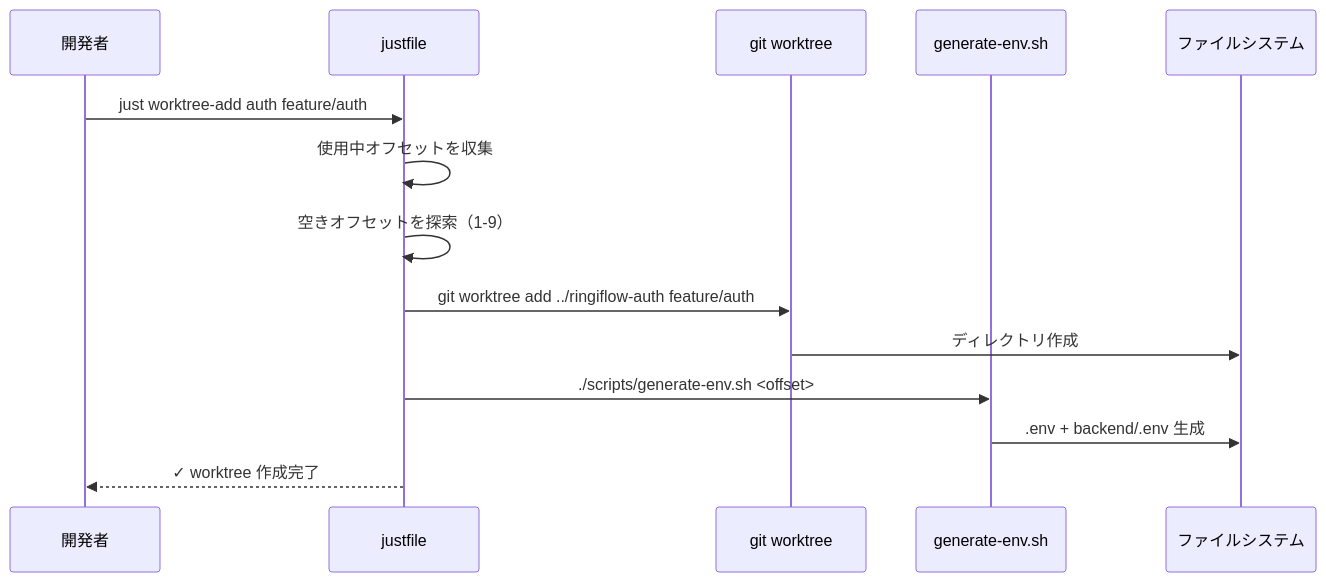
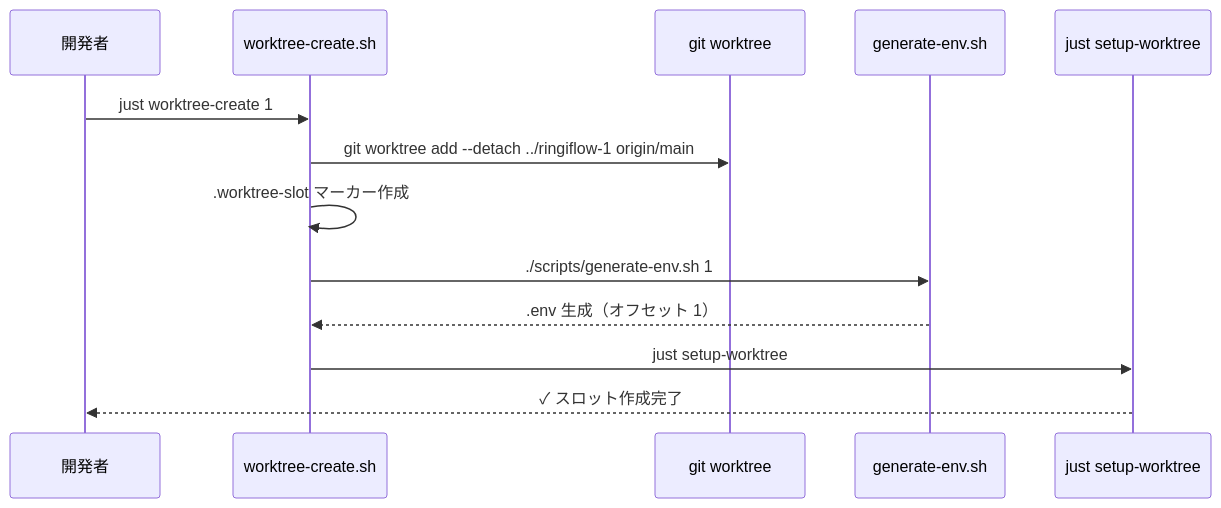
Before and after one commit to ka2kama/ringiflow: the second of 4 diagrams in docs/07_実装解説/03_並行開発環境/01_並行開発環境_機能解説.md, drawn with Mermaid. The commit also changed other lines of this file and 14 other files, not shown here.

First line of the commit message:
#625 Change worktree to persistent slot model (#639)

````diff
--- a/docs/07_実装解説/03_並行開発環境/01_並行開発環境_機能解説.md
+++ b/docs/07_実装解説/03_並行開発環境/01_並行開発環境_機能解説.md
@@ -75,17 +82,16 @@
 ```mermaid
 sequenceDiagram
     participant User as 開発者
-    participant Just as justfile
+    participant Script as worktree-create.sh
     participant Git as git worktree
-    participant Script as generate-env.sh
-    participant FS as ファイルシステム
+    participant Env as generate-env.sh
+    participant Just as just setup-worktree
 
-    User->>Just: just worktree-add auth feature/auth
-    Just->>Just: 使用中オフセットを収集
-    Just->>Just: 空きオフセットを探索（1-9）
-    Just->>Git: git worktree add ../ringiflow-auth feature/auth
-    Git->>FS: ディレクトリ作成
-    Just->>Script: ./scripts/generate-env.sh <offset>
-    Script->>FS: .env + backend/.env 生成
-    Just-->>User: ✓ worktree 作成完了
+    User->>Script: just worktree-create 1
+    Script->>Git: git worktree add --detach ../ringiflow-1 origin/main
+    Script->>Script: .worktree-slot マーカー作成
+    Script->>Env: ./scripts/generate-env.sh 1
+    Env-->>Script: .env 生成（オフセット 1）
+    Script->>Just: just setup-worktree
+    Just-->>User: ✓ スロット作成完了
 ```
````
